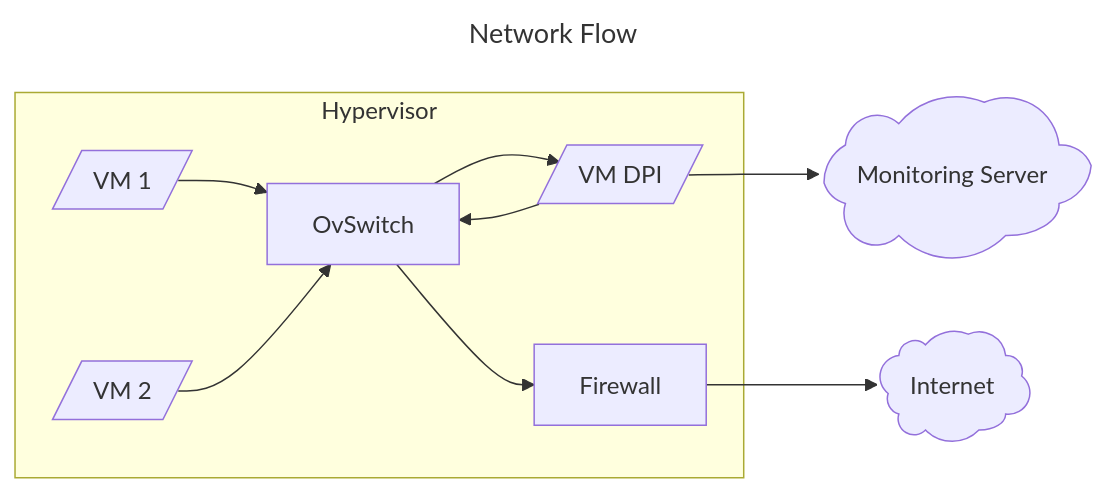
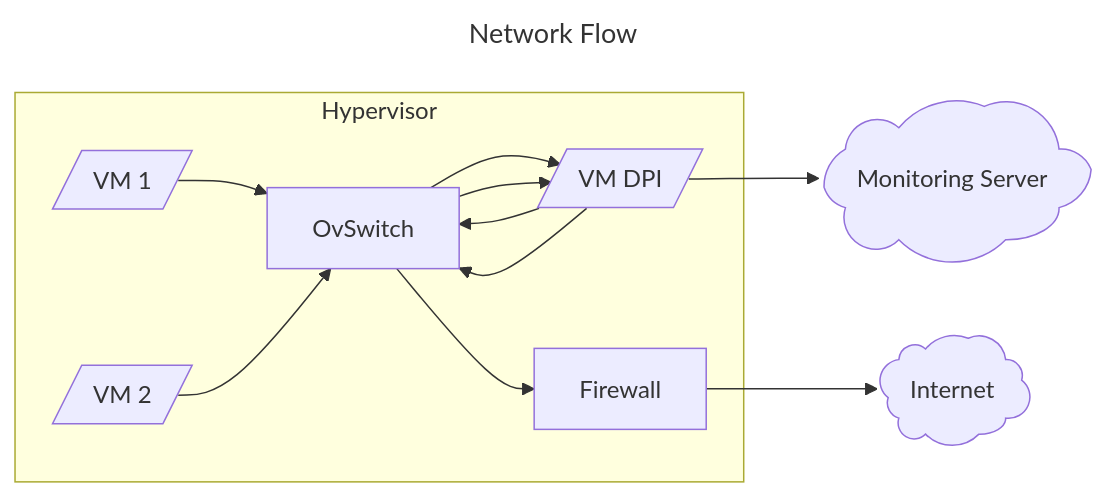
The diagram in Monitoring/README.md (Zai4ikManiak/Cyber-Security-Study), drawn with Mermaid before and after one commit.

Commit message:
modified:   README.md

````diff
--- a/Monitoring/README.md
+++ b/Monitoring/README.md
@@ -3,22 +3,21 @@
 ```mermaid
 ---
 title: Network Flow
 ---
 flowchart LR
     
     subgraph hyper["Hypervisor"]
         vm_1["VM 1"]@{ shape: lean-r }
         vm_2["VM 2"]@{ shape: lean-r }
         vm_dpi["VM DPI"]@{ shape: lean-r }
         
         vm_1 --> ovs["OvSwitch"]
         vm_2 --> ovs
-        vm_dpi --> ovs
-        ovs --> vm_dpi
+        vm_dpi --> ovs & ovs --> vm_dpi
 
         ovs --> fire["Firewall"]
     end
 
     fire --> net["Internet"]@{ shape: cloud }
     vm_dpi --> monitor["Monitoring Server"]@{ shape: cloud }
 ```
````
